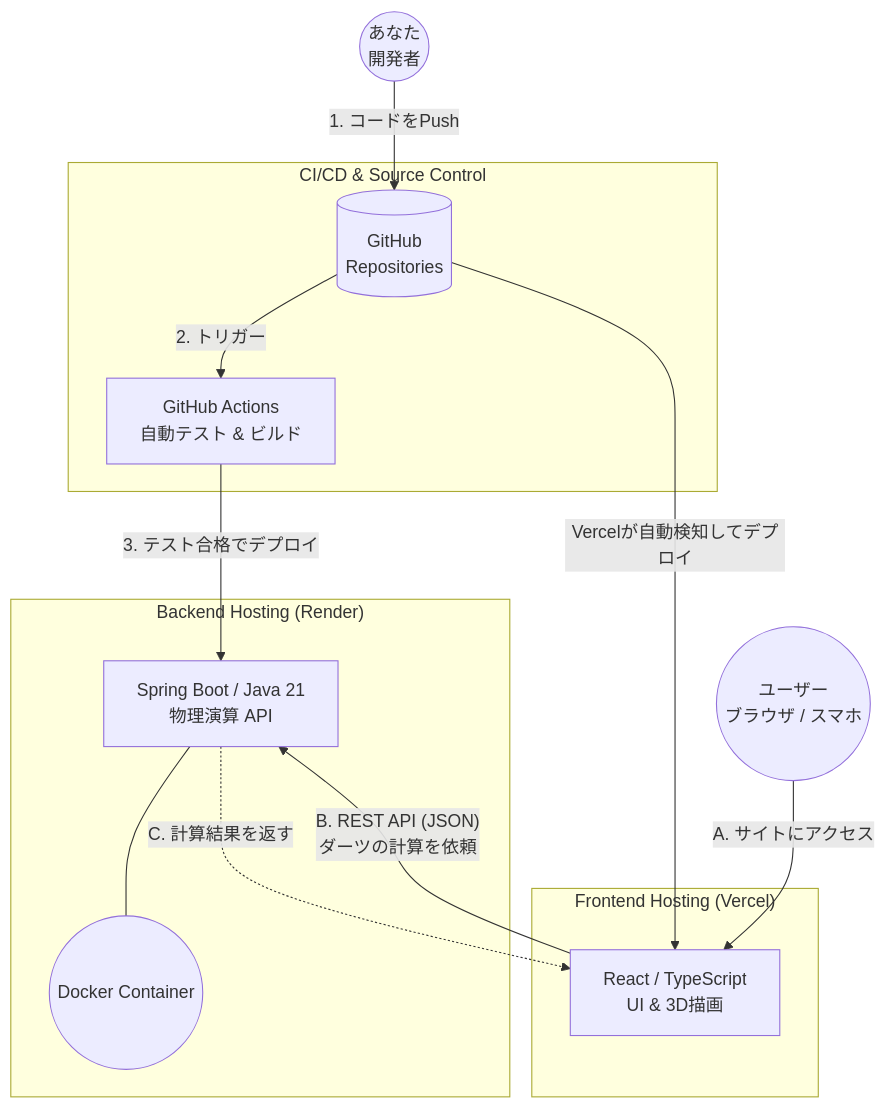
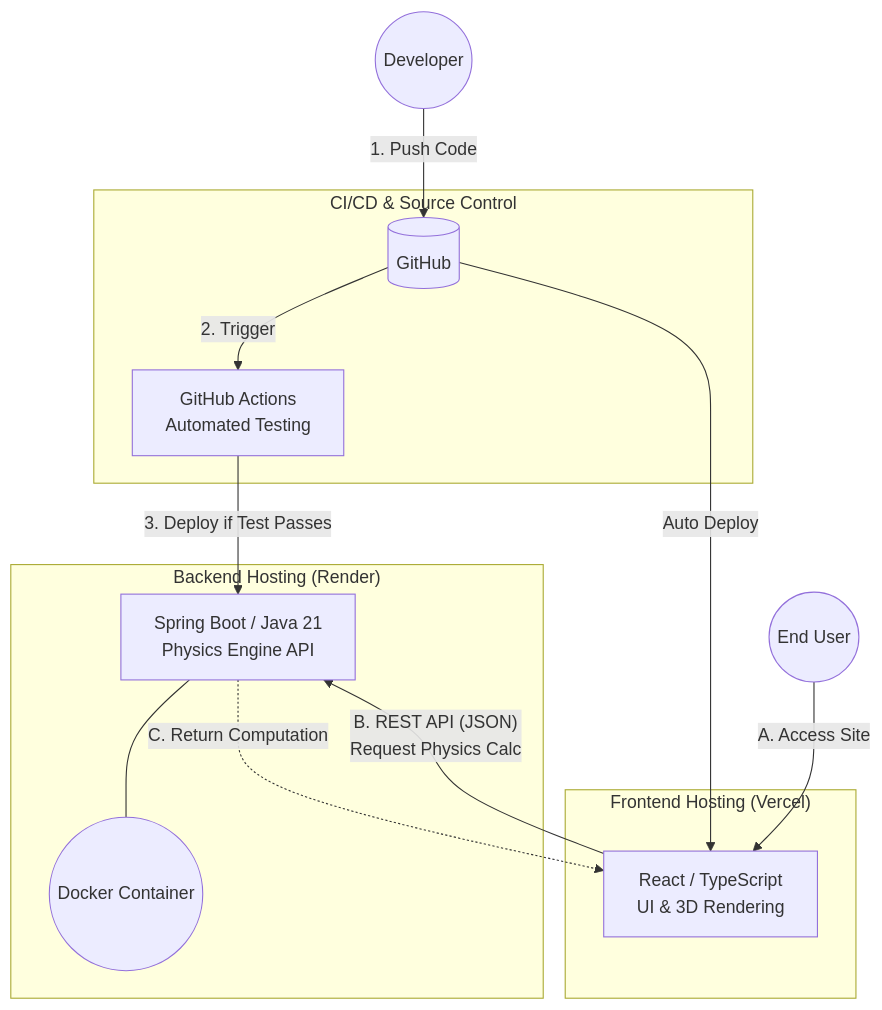
Before and after one commit to haku3782/darts-sim-api: the diagram in README.md, drawn with Mermaid. The commit also changed other lines of this file, not shown here.

````diff
--- a/README.md
+++ b/README.md
@@ -1,33 +33,29 @@
 ```mermaid
 graph TD
-    %% 登場人物
-    Dev((あなた<br/>開発者))
-    User((ユーザー<br/>ブラウザ / スマホ))
+    Dev((Developer))
+    User((End User))
 
-    %% クラウドインフラ
     subgraph "Frontend Hosting (Vercel)"
-        React[React / TypeScript<br/>UI & 3D描画]
+        React[React / TypeScript<br/>UI & 3D Rendering]
     end
 
     subgraph "Backend Hosting (Render)"
-        Spring[Spring Boot / Java 21<br/>物理演算 API]
+        Spring[Spring Boot / Java 21<br/>Physics Engine API]
         Docker((Docker Container))
         Spring --- Docker
     end
 
     subgraph "CI/CD & Source Control"
-        Repo[(GitHub<br/>Repositories)]
-        Actions[GitHub Actions<br/>自動テスト & ビルド]
+        Repo[(GitHub)]
+        Actions[GitHub Actions<br/>Automated Testing]
     end
 
-    %% デプロイのフロー（裏側）
-    Dev -->|"1. コードをPush"| Repo
-    Repo -->|"2. トリガー"| Actions
-    Actions -->|"3. テスト合格でデプロイ"| Spring
-    Repo -->|"Vercelが自動検知してデプロイ"| React
+    Dev -->|"1. Push Code"| Repo
+    Repo -->|"2. Trigger"| Actions
+    Actions -->|"3. Deploy if Test Passes"| Spring
+    Repo -->|"Auto Deploy"| React
 
-    %% ユーザーのフロー（表側）
-    User -->|"A. サイトにアクセス"| React
-    React -->|"B. REST API (JSON)<br/>ダーツの計算を依頼"| Spring
-    Spring -.->|"C. 計算結果を返す"| React
+    User -->|"A. Access Site"| React
+    React -->|"B. REST API (JSON)<br/>Request Physics Calc"| Spring
+    Spring -.->|"C. Return Computation"| React
 ```
````
